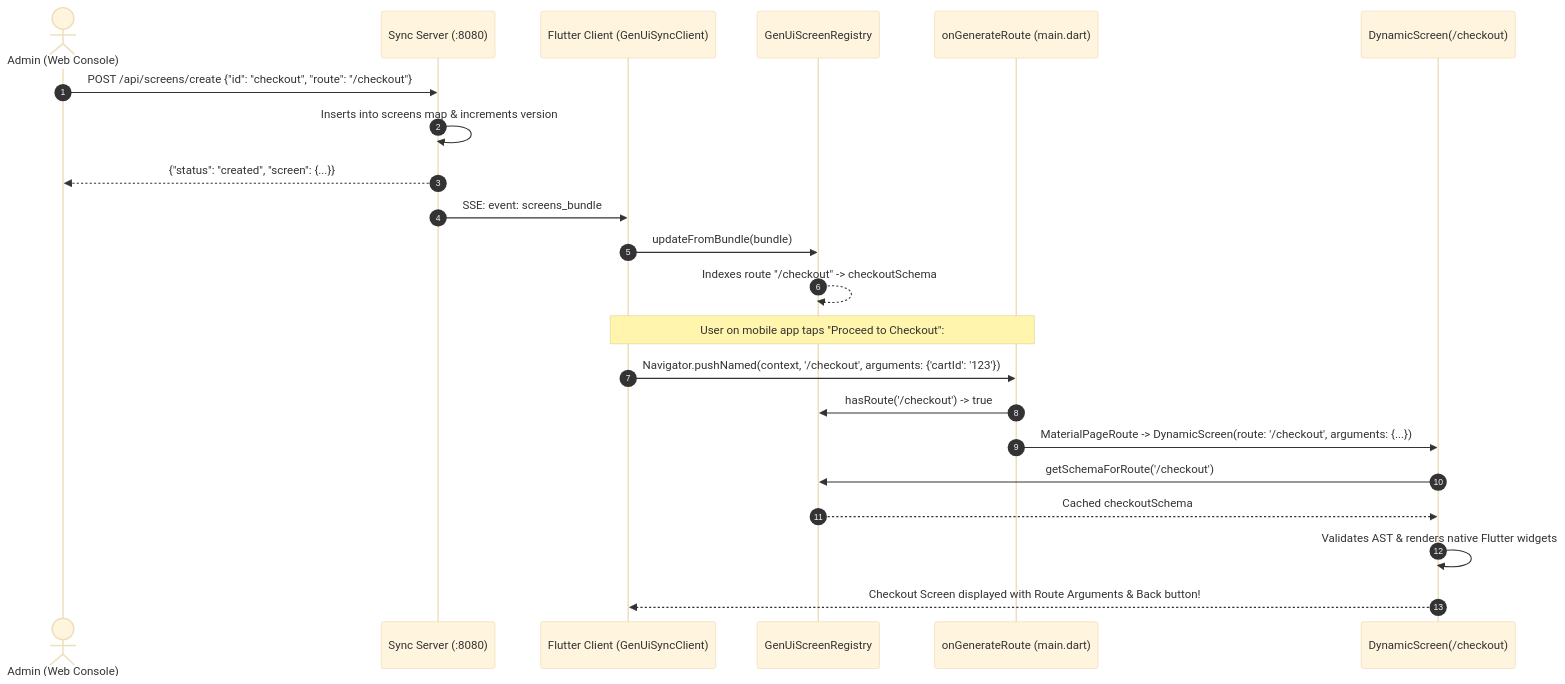
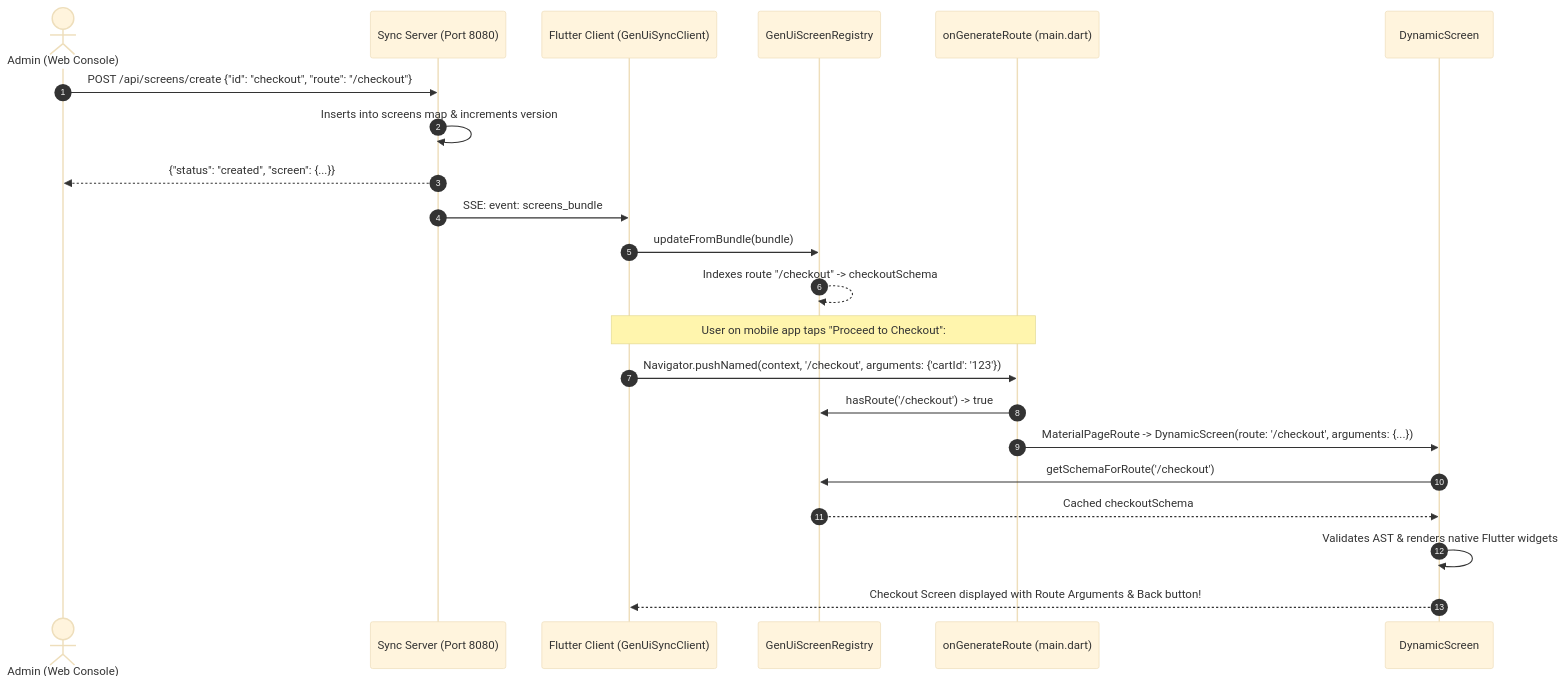
The second of 2 diagrams in docs/ARCHITECTURE.md (must-yagnesh/web_genui_framework), drawn with Mermaid (base theme) before and after one commit. The commit also changed other lines of this file and 1 other file, not shown here.

Commit message:
Document Updated

````diff
--- a/docs/ARCHITECTURE.md
+++ b/docs/ARCHITECTURE.md
@@ -114,25 +114,25 @@
 ```mermaid
 sequenceDiagram
     autonumber
     actor Admin as Admin (Web Console)
-    participant Server as Sync Server (:8080)
+    participant Server as Sync Server (Port 8080)
     participant Client as Flutter Client (GenUiSyncClient)
     participant Reg as GenUiScreenRegistry
     participant Router as onGenerateRoute (main.dart)
-    participant Screen as DynamicScreen(/checkout)
+    participant Screen as DynamicScreen
 
     Admin->>Server: POST /api/screens/create {"id": "checkout", "route": "/checkout"}
     Server->>Server: Inserts into screens map & increments version
     Server-->>Admin: {"status": "created", "screen": {...}}
     Server->>Client: SSE: event: screens_bundle
     Client->>Reg: updateFromBundle(bundle)
     Reg-->>Reg: Indexes route "/checkout" -> checkoutSchema
     Note over Client,Router: User on mobile app taps "Proceed to Checkout":
     Client->>Router: Navigator.pushNamed(context, '/checkout', arguments: {'cartId': '123'})
     Router->>Reg: hasRoute('/checkout') -> true
     Router->>Screen: MaterialPageRoute -> DynamicScreen(route: '/checkout', arguments: {...})
     Screen->>Reg: getSchemaForRoute('/checkout')
     Reg-->>Screen: Cached checkoutSchema
     Screen->>Screen: Validates AST & renders native Flutter widgets
     Screen-->>Client: Checkout Screen displayed with Route Arguments & Back button!
 ```
````
